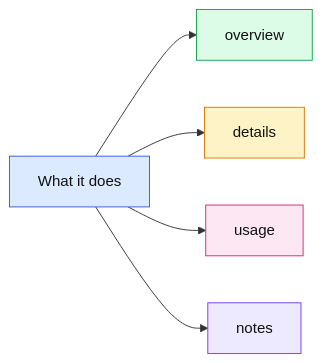
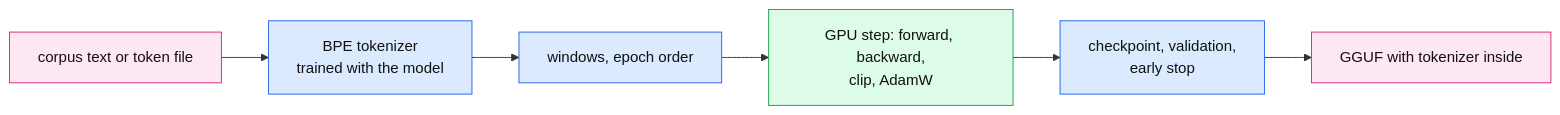
Before and after one commit to thomascherickal/ferrum-gpu: the fourth of 21 diagrams in readme.md, drawn with Mermaid. The commit also changed other lines of this file and 4 other files, not shown here.

First line of the commit message:
docs: hand-drawn data-flow diagrams for the readme, architecture and GUI pages

````diff
--- a/readme.md
+++ b/readme.md
@@ -113,13 +94,13 @@
 ```mermaid
 flowchart LR
-    a["What it does"]:::root
-    a --> n0["overview"]:::c0
-    a --> n1["details"]:::c1
-    a --> n2["usage"]:::c2
-    a --> n3["notes"]:::c3
-    classDef root fill:#dbeafe,stroke:#2563eb,color:#111
-    classDef c0 fill:#dcfce7,stroke:#16a34a,color:#111
-    classDef c1 fill:#fef3c7,stroke:#d97706,color:#111
-    classDef c2 fill:#fce7f3,stroke:#db2777,color:#111
-    classDef c3 fill:#ede9fe,stroke:#7c3aed,color:#111
+    txt["corpus text or token file"]:::io --> bpe["BPE tokenizer<br/>trained with the model"]:::core
+    bpe --> win["windows, epoch order"]:::core
+    win --> step["GPU step: forward, backward,<br/>clip, AdamW"]:::gpu
+    step --> ck["checkpoint, validation,<br/>early stop"]:::core
+    ck --> gg["GGUF with tokenizer inside"]:::io
+    classDef core fill:#dbeafe,stroke:#2563eb,color:#111
+    classDef gpu fill:#dcfce7,stroke:#16a34a,color:#111
+    classDef cpu fill:#fef3c7,stroke:#d97706,color:#111
+    classDef io fill:#fce7f3,stroke:#db2777,color:#111
+    classDef host fill:#ede9fe,stroke:#7c3aed,color:#111
 ```
````
